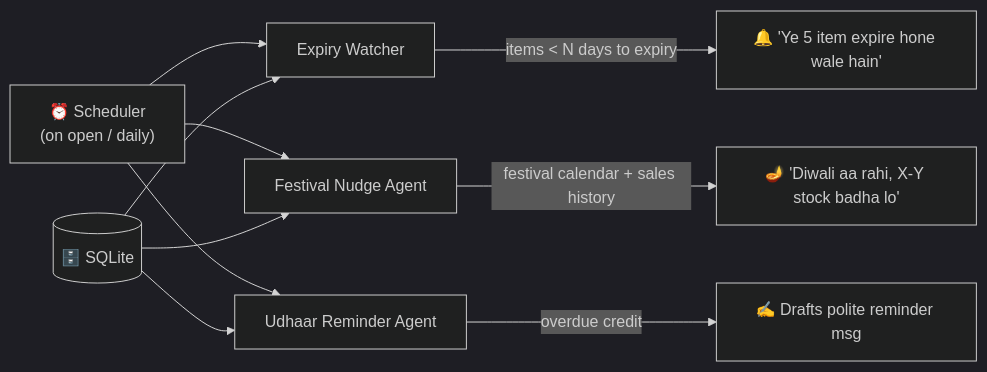
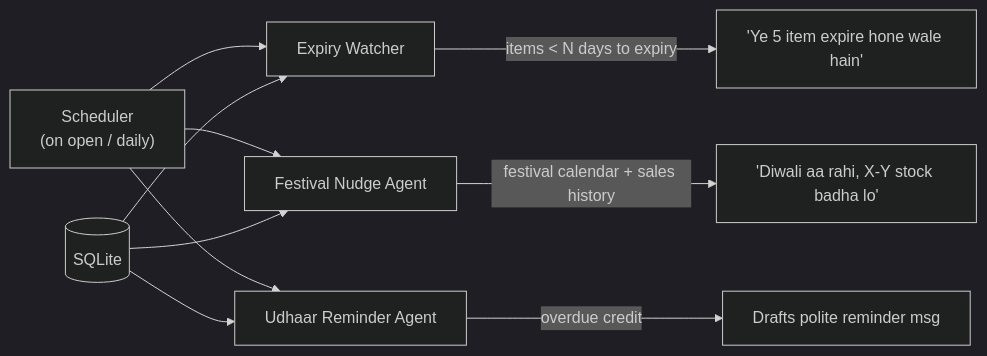
The sixth of 6 diagrams in design.md (PrathamSingla15/dukaan-saathi), drawn with Mermaid (dark theme) before and after one commit. The commit also changed other lines of this file and 76 other files, not shown here.

````diff
--- a/design.md
+++ b/design.md
@@ -191,14 +191,14 @@
 ```mermaid
 flowchart LR
-    CRON["⏰ Scheduler<br/>(on open / daily)"] --> EXP["Expiry Watcher"]
+    CRON["Scheduler<br/>(on open / daily)"] --> EXP["Expiry Watcher"]
     CRON --> FEST["Festival Nudge Agent"]
     CRON --> UDH["Udhaar Reminder Agent"]
 
-    EXP -->|"items < N days to expiry"| ALERT["🔔 'Ye 5 item expire hone wale hain'"]
-    FEST -->|"festival calendar + sales history"| STOCK["🪔 'Diwali aa rahi, X-Y stock badha lo'"]
-    UDH -->|"overdue credit"| DRAFT["✍️ Drafts polite reminder msg"]
+    EXP -->|"items < N days to expiry"| ALERT["'Ye 5 item expire hone wale hain'"]
+    FEST -->|"festival calendar + sales history"| STOCK["'Diwali aa rahi, X-Y stock badha lo'"]
+    UDH -->|"overdue credit"| DRAFT["Drafts polite reminder msg"]
 
-    DB[("🗄️ SQLite")] --> EXP
+    DB[("SQLite")] --> EXP
     DB --> FEST
     DB --> UDH
 ```
````
